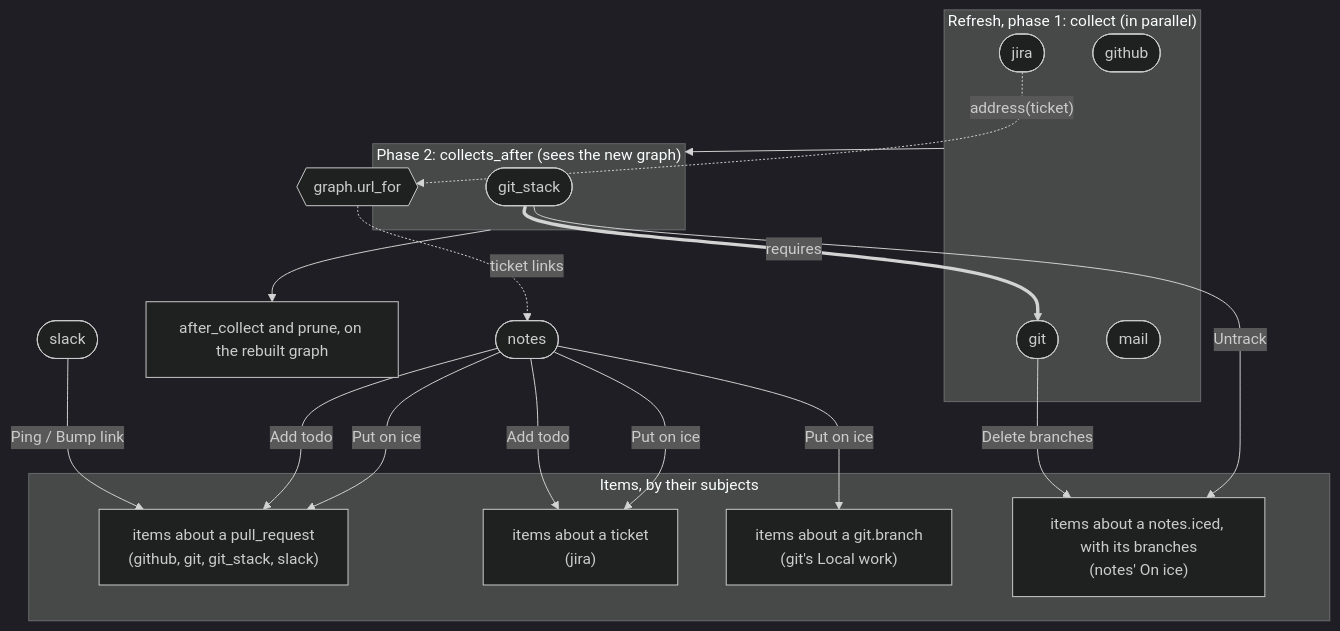
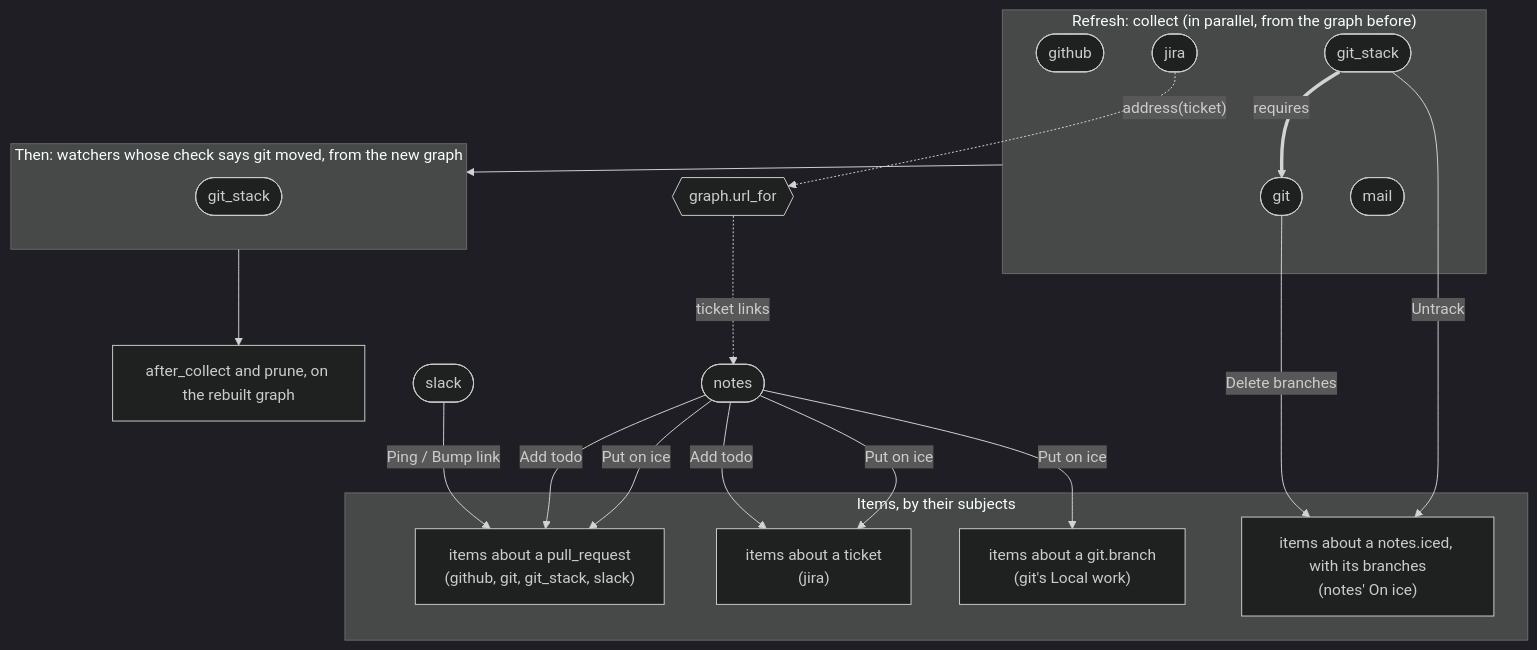
The second of 2 diagrams in docs/plugins.md (benekastah/move-forward), drawn with Mermaid (dark theme) before and after one commit. The commit also changed other lines of this file and 15 other files, not shown here.

First line of the commit message:
Collect every plugin at once, then settle the plugins watching them

````diff
--- a/docs/plugins.md
+++ b/docs/plugins.md
@@ -84,34 +84,35 @@
 ```mermaid
 flowchart TB
-    subgraph Phase1["Refresh, phase 1: collect (in parallel)"]
+    subgraph Collect["Refresh: collect (in parallel, from the graph before)"]
         github([github])
         git([git])
         jira([jira])
         mail([mail])
-    end
-    subgraph Phase2["Phase 2: collects_after (sees the new graph)"]
         git_stack([git_stack])
     end
-    Phase1 --> Phase2
-    Phase2 --> after["after_collect and prune, on the rebuilt graph"]
+    subgraph Settle["Then: watchers whose check says git moved, from the new graph"]
+        git_stack2([git_stack])
+    end
+    Collect --> Settle
+    Settle --> after["after_collect and prune, on the rebuilt graph"]
 
     git_stack == "requires" ==> git
 
     subgraph Items["Items, by their subjects"]
         prItems["items about a pull_request<br/>(github, git, git_stack, slack)"]
         ticketItems["items about a ticket<br/>(jira)"]
         branchItems["items about a git.branch<br/>(git's Local work)"]
         icedItems["items about a notes.iced, with its branches<br/>(notes' On ice)"]
     end
     slack([slack]) -- "Ping / Bump link" --> prItems
     notes([notes]) -- "Add todo" --> prItems
     notes -- "Add todo" --> ticketItems
     notes -- "Put on ice" --> branchItems
     notes -- "Put on ice" --> prItems
     notes -- "Put on ice" --> ticketItems
     git -- "Delete branches" --> icedItems
     git_stack -- "Untrack" --> icedItems
 
     jira -. "address(ticket)" .-> urls{{graph.url_for}}
     urls -. "ticket links" .-> notes
 ```
````
